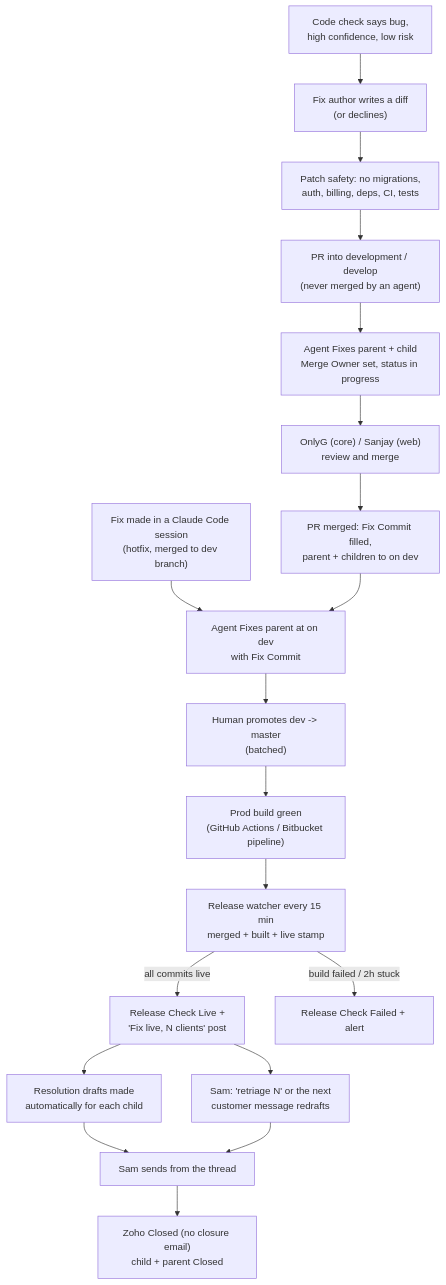
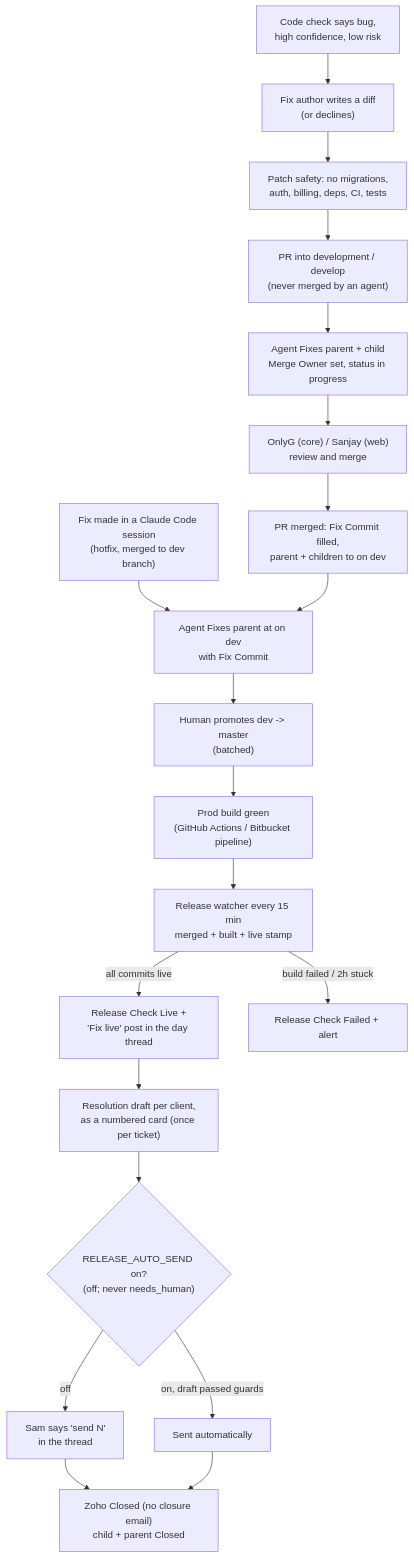
One commit to vomeadmin/vome-os changed the second of 6 diagrams in WORKFLOWS.md. Above: the diagram before and after it, drawn with Mermaid. The commit also changed other lines of this file and 10 other files, not shown here.

````diff
--- a/WORKFLOWS.md
+++ b/WORKFLOWS.md
@@ -55,20 +55,21 @@
 ```mermaid
 flowchart TD
   CC["Code check says bug,<br/>high confidence, low risk"]:::built --> FA["Fix author writes a diff<br/>(or declines)"]:::built
   FA --> PS["Patch safety: no migrations,<br/>auth, billing, deps, CI, tests"]:::live
   PS --> PR["PR into development / develop<br/>(never merged by an agent)"]:::built
   PR --> AF["Agent Fixes parent + child<br/>Merge Owner set, status in progress"]:::built
   AF --> MG["OnlyG (core) / Sanjay (web)<br/>review and merge"]:::live
   MG --> PM["PR merged: Fix Commit filled,<br/>parent + children to on dev"]:::built
   HM["Fix made in a Claude Code session<br/>(hotfix, merged to dev branch)"]:::live --> OD
   PM --> OD["Agent Fixes parent at on dev<br/>with Fix Commit"]:::live
   OD --> PROMO["Human promotes dev -> master<br/>(batched)"]:::live
   PROMO --> BUILD["Prod build green<br/>(GitHub Actions / Bitbucket pipeline)"]:::live
   BUILD --> W["Release watcher every 15 min<br/>merged + built + live stamp"]:::live
-  W -->|all commits live| LIVE["Release Check Live +<br/>'Fix live, N clients' post"]:::live
+  W -->|all commits live| LIVE["Release Check Live +<br/>'Fix live' post in the day thread"]:::built
   W -->|build failed / 2h stuck| FAIL["Release Check Failed + alert"]:::deployed
-  LIVE --> RD["Resolution drafts made<br/>automatically for each child"]:::proposed
-  LIVE --> SAM["Sam: 'retriage N' or the next<br/>customer message redrafts"]:::deployed
-  RD & SAM --> SEND["Sam sends from the thread"]:::deployed
-  SEND --> CLOSE["Zoho Closed (no closure email)<br/>child + parent Closed"]:::built
+  LIVE --> RD["Resolution draft per client,<br/>as a numbered card (once per ticket)"]:::built
+  RD --> AUTO{"RELEASE_AUTO_SEND on?<br/>(off; never needs_human)"}:::decide
+  AUTO -->|off| SEND["Sam says 'send N'<br/>in the thread"]:::deployed
+  AUTO -->|on, draft passed guards| AS["Sent automatically"]:::decide
+  SEND & AS --> CLOSE["Zoho Closed (no closure email)<br/>child + parent Closed"]:::built
 ```
````
